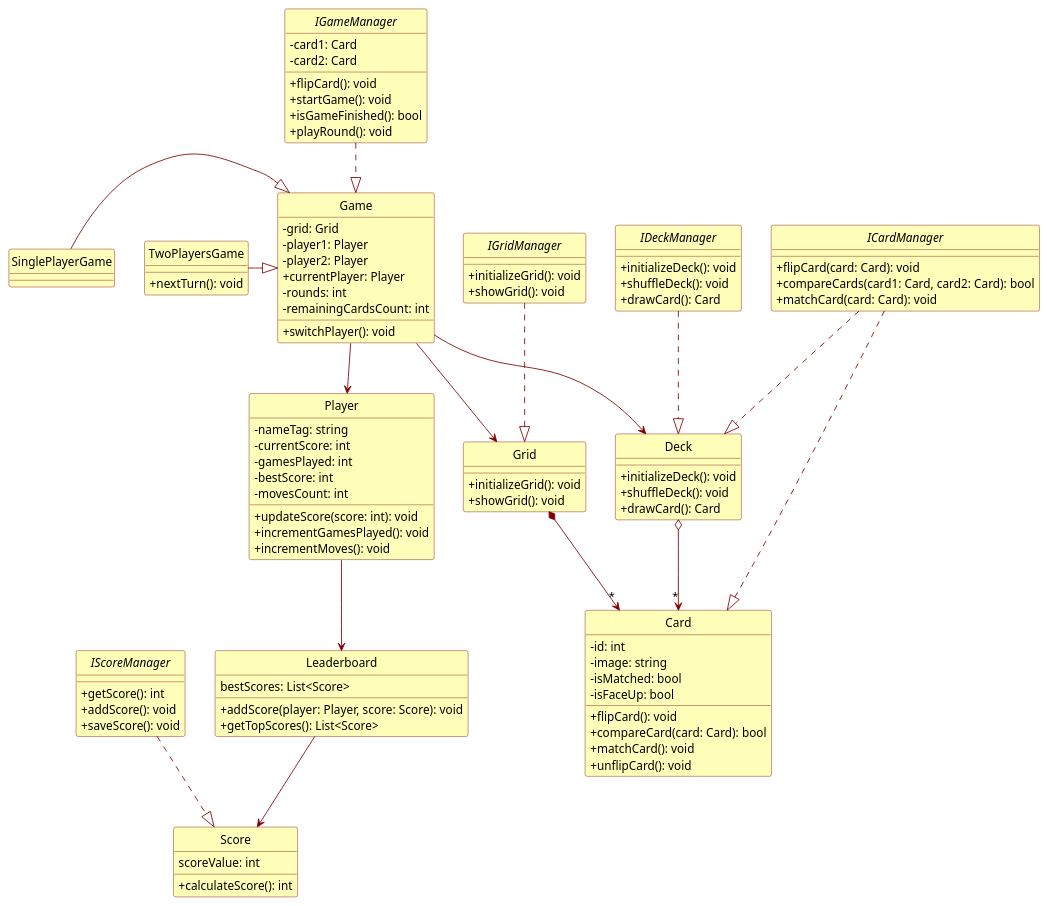
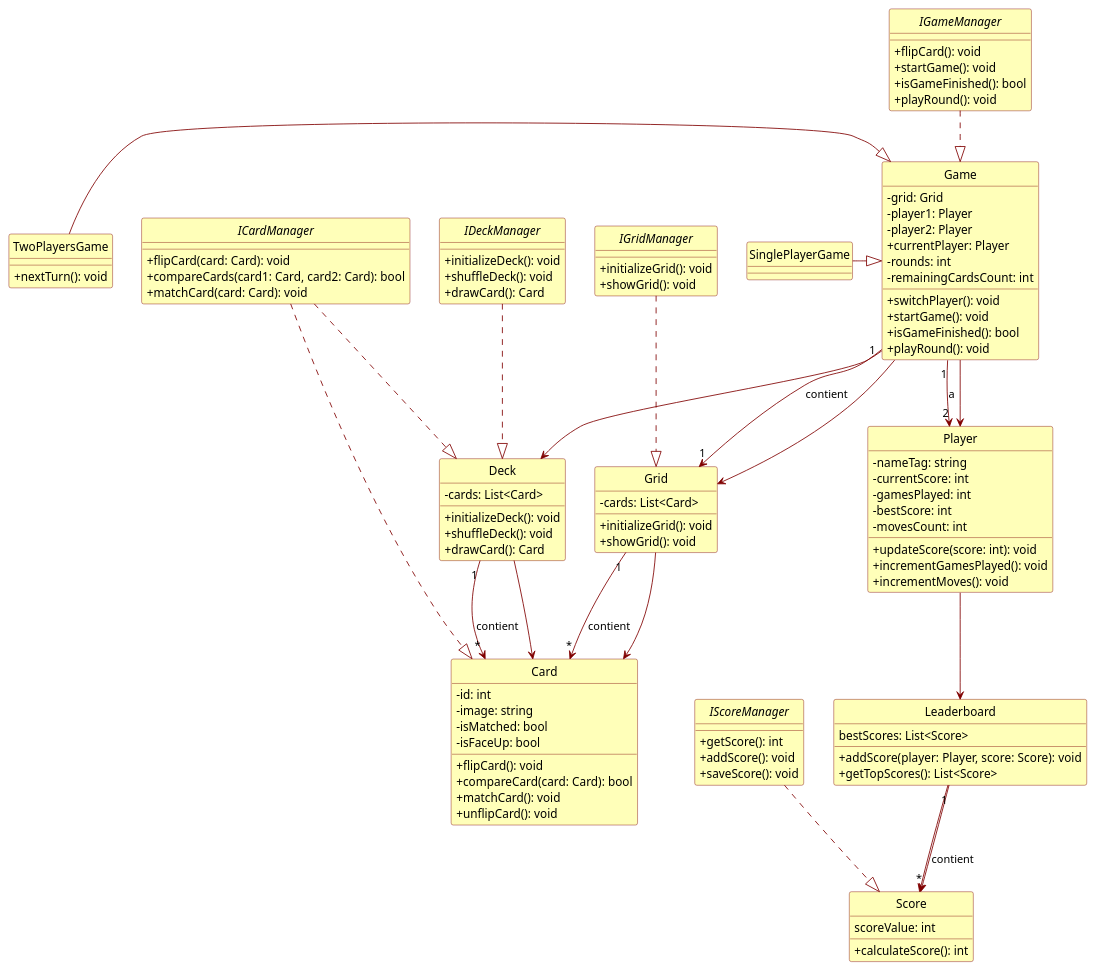
The diagram in src/Docs/Diagrammes/classes.md (PosiTr0n505/Game-Memory), drawn with PlantUML before and after one commit.

Commit message:
Mise à jour de 'src/Docs/Diagrammes/classes.md'

````diff
--- a/src/Docs/Diagrammes/classes.md
+++ b/src/Docs/Diagrammes/classes.md
@@ -36,6 +36,7 @@
 
 ' Classe Deck (Paquet de cartes)
 class Deck {
+    - cards: List<Card>
     + initializeDeck(): void
     + shuffleDeck(): void
     + drawCard(): Card
@@ -50,12 +51,13 @@
     - rounds: int
     - remainingCardsCount: int
     + switchPlayer(): void
+    + startGame(): void
+    + isGameFinished(): bool
+    + playRound(): void
 }
 
 ' Classe IGameManager
 interface IGameManager {
-    - card1: Card
-    - card2: Card
     + flipCard(): void
     + startGame(): void
     + isGameFinished(): bool
@@ -80,6 +82,7 @@
 
 ' Classe Grille
 class Grid {
+    - cards: List<Card>
     + initializeGrid(): void
     + showGrid(): void
 }
@@ -122,16 +125,22 @@
 Game --> Grid
 TwoPlayersGame -|> Game
 SinglePlayerGame -|> Game
-Grid *--> "*" Card
+Grid --> Card
 IScoreManager  ..|> Score
 Leaderboard --> Score
 Player --> Leaderboard
 Game --> Deck
-Deck o--> "*" Card
+Deck --> Card
 ICardManager ..|> Card
 ICardManager ..|> Deck
 IGridManager ..|> Grid
 IDeckManager ..|> Deck
 
+' Cardinalités
+Deck "1" --> "*" Card : "contient"
+Game "1" --> "2" Player : "a"
+Game "1" --> "1" Grid : "contient"
+Grid "1" --> "*" Card : "contient"
+Leaderboard "1" --> "*" Score : "contient"
 @enduml
 ```
````
